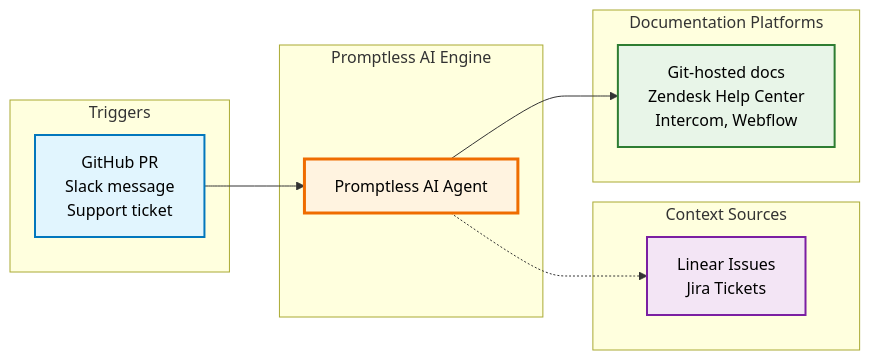
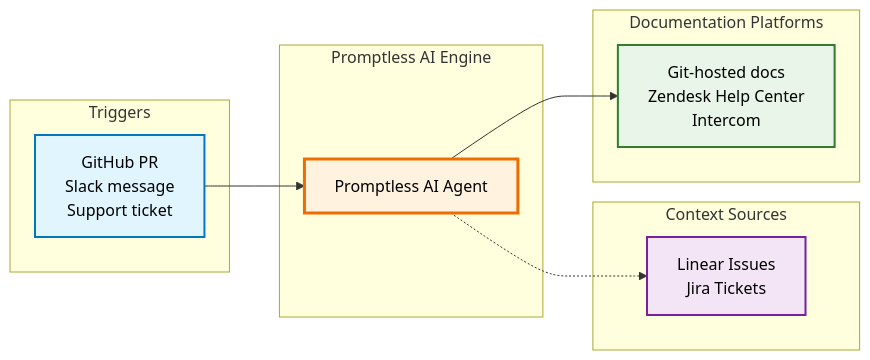
One commit to Promptless/docs changed the diagram in fern/docs/core-concepts.mdx. Above: the diagram before and after it, drawn with Mermaid. The commit also changed other lines of this file and 6 other files, not shown here.

````diff
--- a/fern/docs/core-concepts.mdx
+++ b/fern/docs/core-concepts.mdx
@@ -9,40 +9,40 @@
 ```mermaid
 graph LR
     %% Triggers Section
     subgraph "Triggers"
         T1[GitHub PR<br/>Slack message<br/>Support ticket]
     end
 
     %% Promptless Core
     subgraph "Promptless AI Engine"
         AI[Promptless AI Agent]
     end
 
     %% Context Sources Section
     subgraph "Context Sources"
         C1[Linear Issues<br/>Jira Tickets]
     end
 
     %% Documentation Platforms
     subgraph "Documentation Platforms"
-        D1[Git-hosted docs<br/>Zendesk Help Center<br/>Intercom, Webflow]
+        D1[Git-hosted docs<br/>Zendesk Help Center<br/>Intercom]
     end
 
     %% Connections
     T1 --> AI
     
     AI -.-> C1
 
     AI --> D1
 
     %% Styling
     classDef triggerStyle fill:#e1f5fe,stroke:#0277bd,stroke-width:2px,color:#000000
     classDef contextStyle fill:#f3e5f5,stroke:#7b1fa2,stroke-width:2px,color:#000000
     classDef coreStyle fill:#fff3e0,stroke:#ef6c00,stroke-width:3px,color:#000000
     classDef cmsStyle fill:#e8f5e8,stroke:#2e7d32,stroke-width:2px,color:#000000
 
     class T1 triggerStyle
     class C1 contextStyle
     class AI coreStyle
     class D1 cmsStyle
 ```
````
